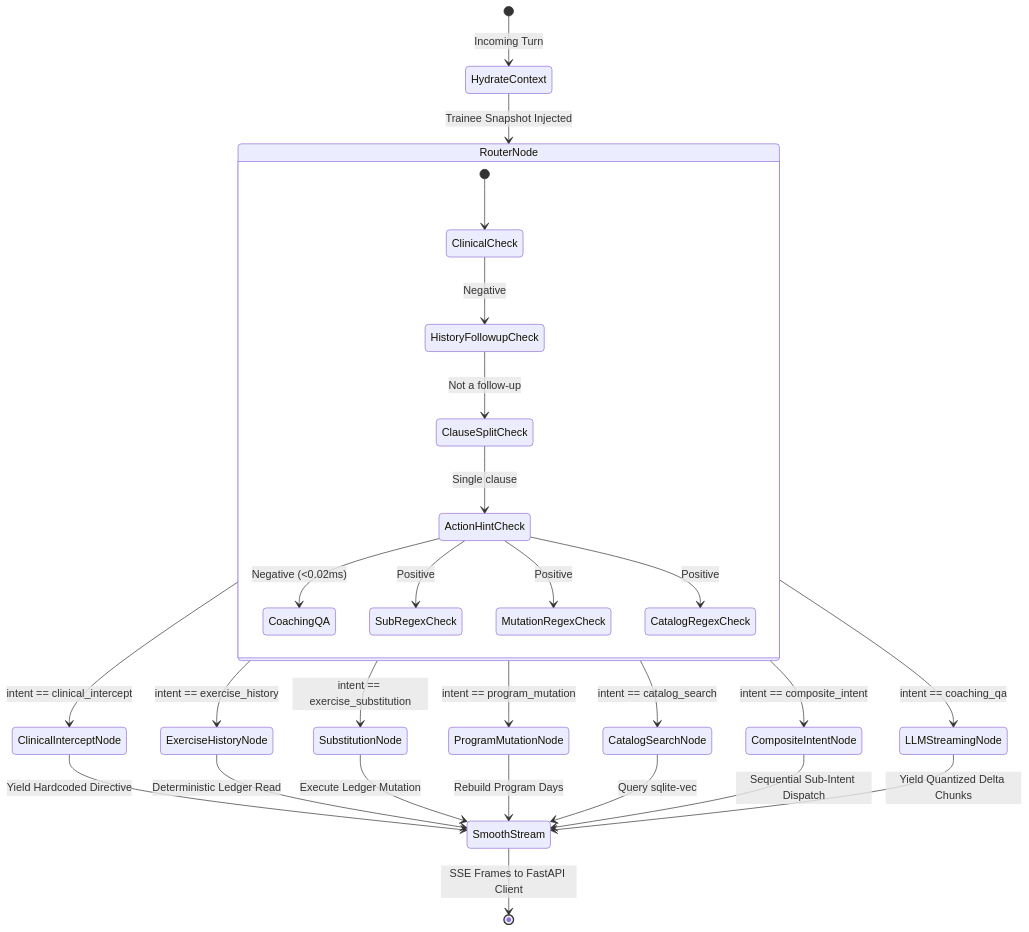
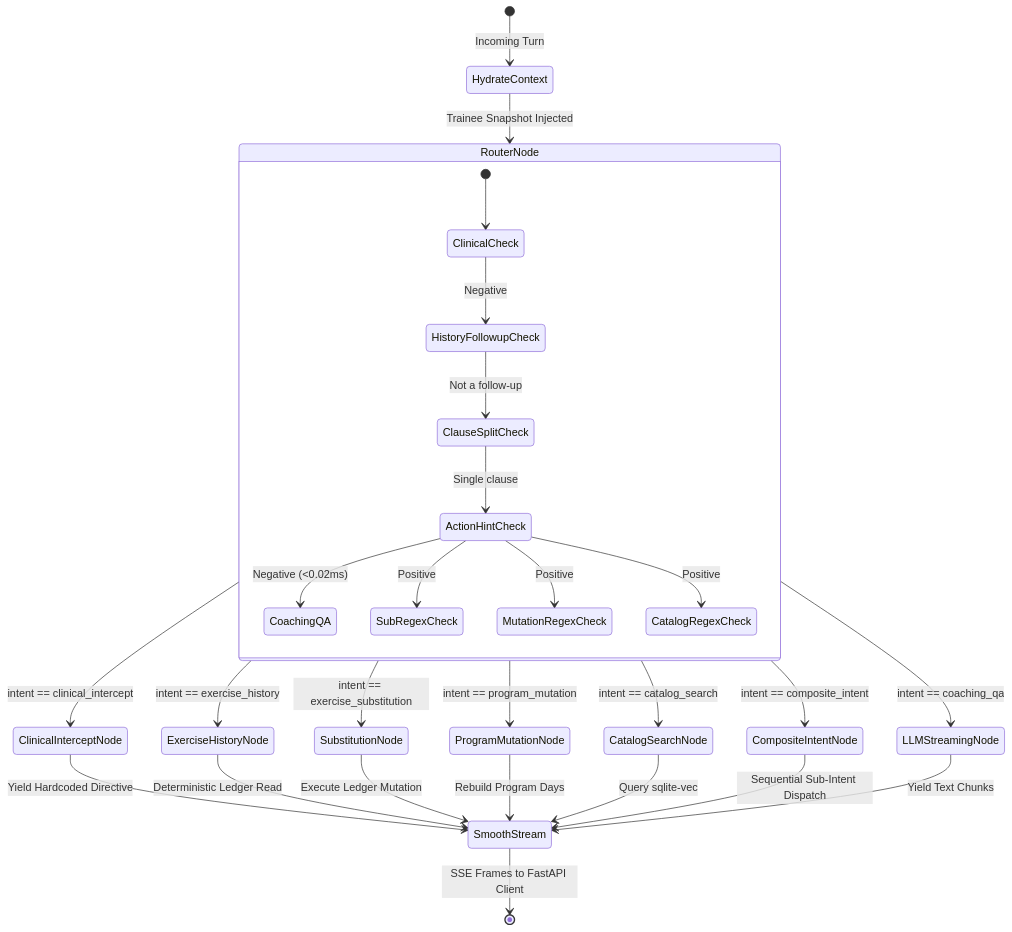
The second of 8 diagrams in docs/ARCHITECTURE.md (ahmedtvmer/MAYOS), drawn with Mermaid before and after one commit. The commit also changed other lines of this file and 64 other files, not shown here.

````diff
--- a/docs/ARCHITECTURE.md
+++ b/docs/ARCHITECTURE.md
@@ -122,34 +122,34 @@
 ```mermaid
 stateDiagram-v2
     [*] --> HydrateContext: Incoming Turn
     HydrateContext --> RouterNode: Trainee Snapshot Injected
     
     state RouterNode {
         [*] --> ClinicalCheck
         ClinicalCheck --> HistoryFollowupCheck: Negative
         HistoryFollowupCheck --> ClauseSplitCheck: Not a follow-up
         ClauseSplitCheck --> ActionHintCheck: Single clause
         ActionHintCheck --> CoachingQA: Negative (<0.02ms)
         ActionHintCheck --> SubRegexCheck: Positive
         ActionHintCheck --> MutationRegexCheck: Positive
         ActionHintCheck --> CatalogRegexCheck: Positive
     }
 
     RouterNode --> ClinicalInterceptNode: intent == clinical_intercept
     RouterNode --> ExerciseHistoryNode: intent == exercise_history
     RouterNode --> SubstitutionNode: intent == exercise_substitution
     RouterNode --> ProgramMutationNode: intent == program_mutation
     RouterNode --> CatalogSearchNode: intent == catalog_search
     RouterNode --> CompositeIntentNode: intent == composite_intent
     RouterNode --> LLMStreamingNode: intent == coaching_qa
 
     ClinicalInterceptNode --> SmoothStream: Yield Hardcoded Directive
     ExerciseHistoryNode --> SmoothStream: Deterministic Ledger Read
     SubstitutionNode --> SmoothStream: Execute Ledger Mutation
     ProgramMutationNode --> SmoothStream: Rebuild Program Days
     CatalogSearchNode --> SmoothStream: Query sqlite-vec
     CompositeIntentNode --> SmoothStream: Sequential Sub-Intent Dispatch
-    LLMStreamingNode --> SmoothStream: Yield Quantized Delta Chunks
+    LLMStreamingNode --> SmoothStream: Yield Text Chunks
 
     SmoothStream --> [*]: SSE Frames to FastAPI Client
 ```
````
